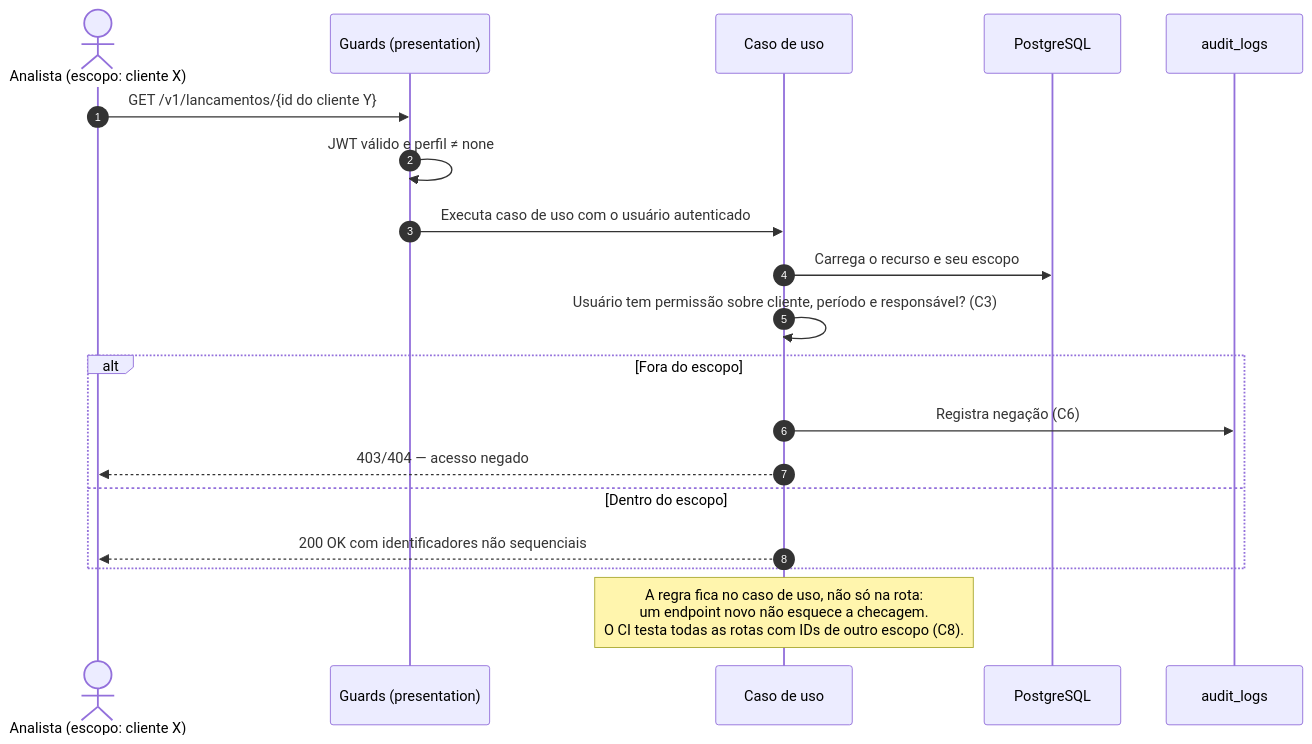
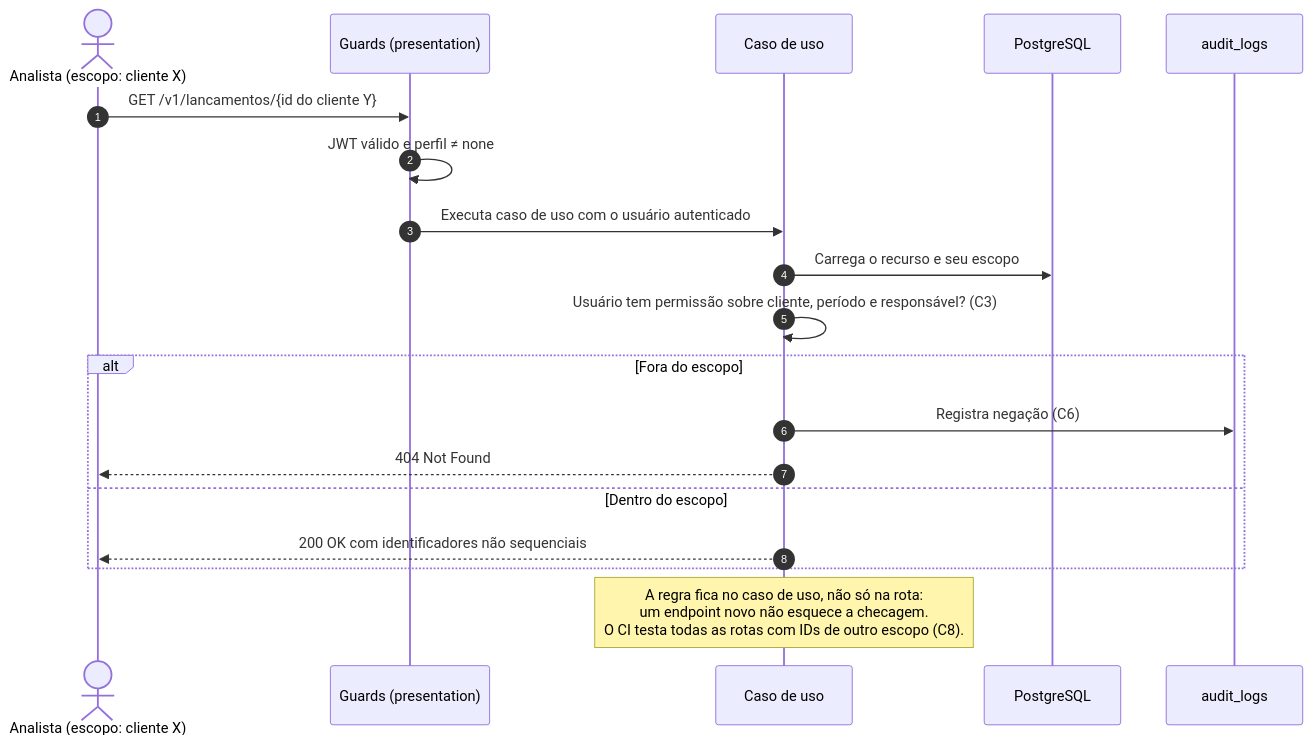
Before and after one commit to MarlonBrendonx/secure-software-engineering-project: the third of 4 diagrams in docs/etapa-3/etapa-3-diagrama.md, drawn with Mermaid. The commit also changed other lines of this file and 4 other files, not shown here.

````diff
--- a/docs/etapa-3/etapa-3-diagrama.md
+++ b/docs/etapa-3/etapa-3-diagrama.md
@@ -147,22 +151,22 @@
 ```mermaid
 sequenceDiagram
     autonumber
     actor A as Analista (escopo: cliente X)
     participant API as Guards (presentation)
     participant UC as Caso de uso
     participant DB as PostgreSQL
     participant AUD as audit_logs
 
     A->>API: GET /v1/lancamentos/{id do cliente Y}
     API->>API: JWT válido e perfil ≠ none
     API->>UC: Executa caso de uso com o usuário autenticado
     UC->>DB: Carrega o recurso e seu escopo
     UC->>UC: Usuário tem permissão sobre cliente, período e responsável? (C3)
     alt Fora do escopo
         UC->>AUD: Registra negação (C6)
-        UC-->>A: 403/404 — acesso negado
+        UC-->>A: 404 Not Found
     else Dentro do escopo
         UC-->>A: 200 OK com identificadores não sequenciais
     end
     Note over UC: A regra fica no caso de uso, não só na rota:<br/>um endpoint novo não esquece a checagem.<br/>O CI testa todas as rotas com IDs de outro escopo (C8).
 ```
````
